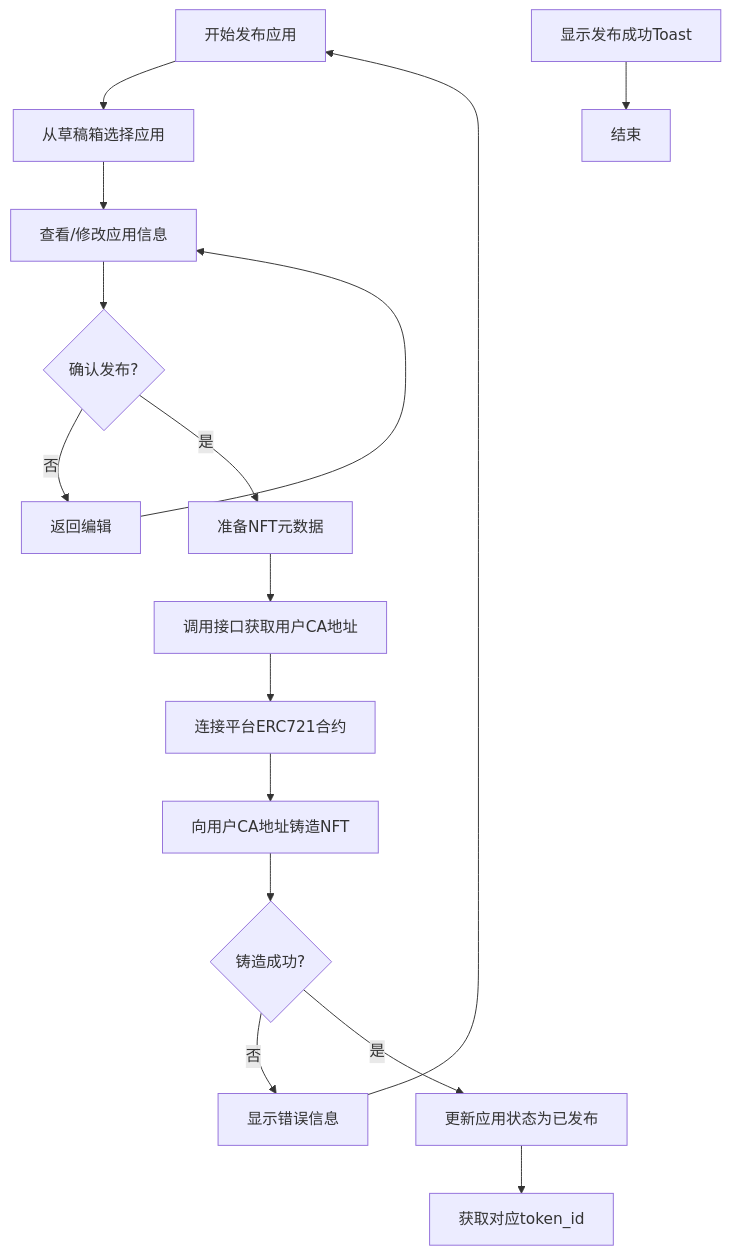
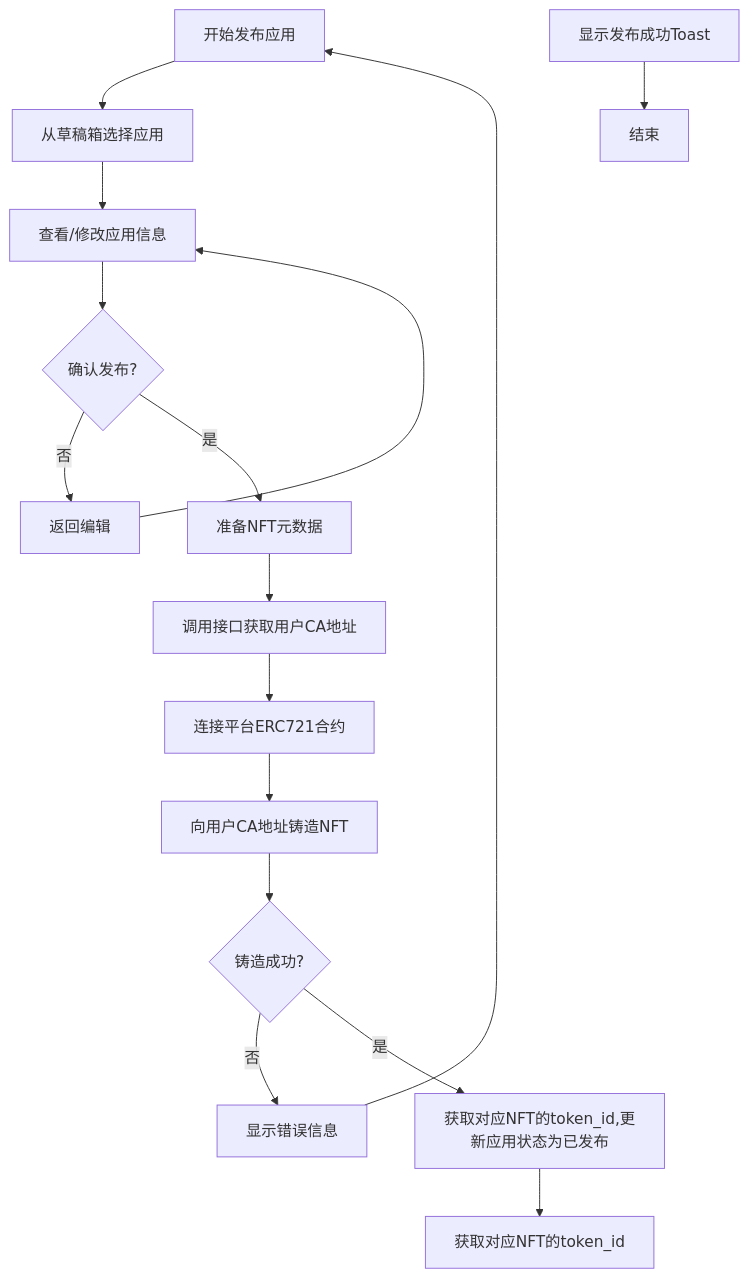
One commit to yingjianzh/iodraw-files changed the diagram in all/未命名-66.md. Above: the diagram before and after it, drawn with Mermaid.

Commit message:
2025-05-27 11:25:34 update

````diff
--- a/all/未命名-66.md
+++ b/all/未命名-66.md
@@ -1,21 +1,21 @@
 ```mermaid
 
 flowchart TD
     A[开始发布应用] --> B[从草稿箱选择应用]
     B --> C[查看/修改应用信息]
     C --> D{确认发布?}
     D -->|否| E[返回编辑]
     E --> C
     D -->|是| F[准备NFT元数据]
     F --> G[调用接口获取用户CA地址]
     G --> H[连接平台ERC721合约]
     H --> I[向用户CA地址铸造NFT]
     I --> J{铸造成功?}
     J -->|否| K[显示错误信息]
     K --> A
-    J -->|是| L[更新应用状态为已发布]
-    L --> M[获取对应token_id]
+    J -->|是| L[获取对应NFT的token_id,更新应用状态为已发布]
+    L --> M[获取对应NFT的token_id]
     O[显示发布成功Toast]
     O --> P[结束]
 
 ```
````
